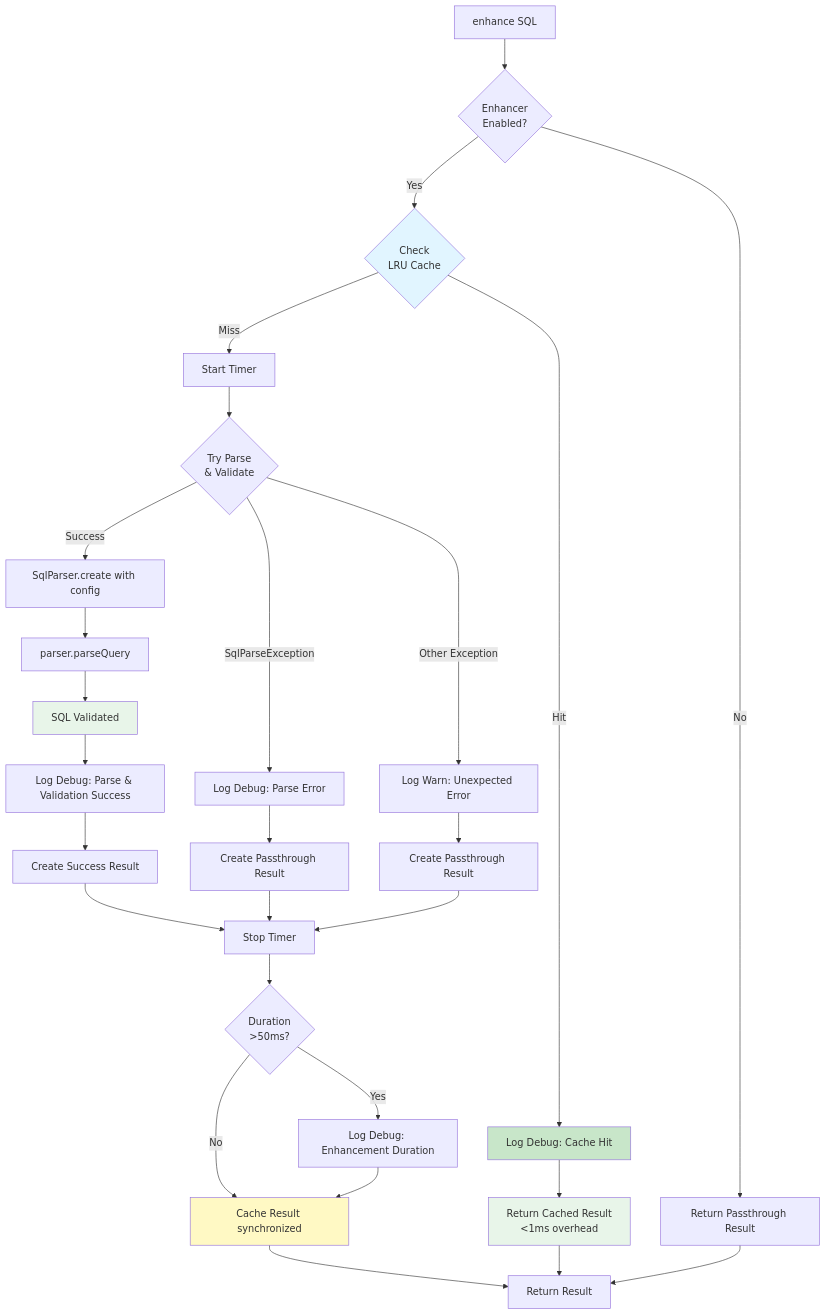
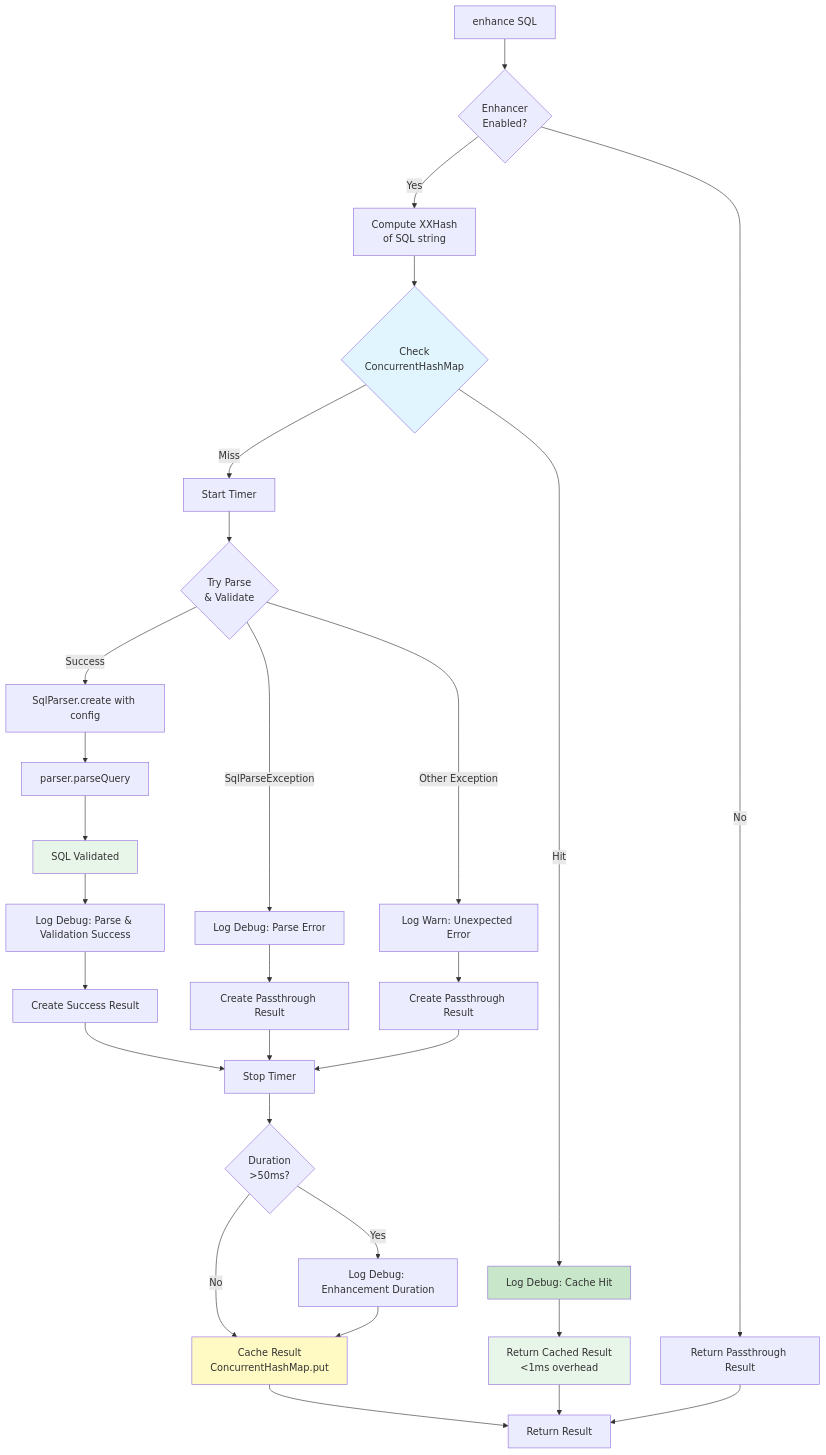
Before and after one commit to jenspapenhagen/ojp: the third of 9 diagrams in documents/analysis/SQL_ENHANCER_ENGINE_ANALYSIS.md, drawn with Mermaid. The commit also changed other lines of this file and 3 other files, not shown here.

Commit message:
Remove log file, update cache to use XXHash and ConcurrentHashMap, clarify execution flow diagrams

````diff
--- a/documents/analysis/SQL_ENHANCER_ENGINE_ANALYSIS.md
+++ b/documents/analysis/SQL_ENHANCER_ENGINE_ANALYSIS.md
@@ -305,44 +321,46 @@
 ```mermaid
 flowchart TD
     Start[enhance SQL] --> CheckDisabled{Enhancer<br/>Enabled?}
     CheckDisabled -->|No| Passthrough[Return Passthrough Result]
     
-    CheckDisabled -->|Yes| CheckCache{Check<br/>LRU Cache}
+    CheckDisabled -->|Yes| HashSQL[Compute XXHash<br/>of SQL string]
+    HashSQL --> CheckCache{Check<br/>ConcurrentHashMap}
     CheckCache -->|Hit| LogCacheHit[Log Debug: Cache Hit]
     LogCacheHit --> ReturnCached[Return Cached Result<br/>&lt;1ms overhead]
     
     CheckCache -->|Miss| StartTimer[Start Timer]
     StartTimer --> TryParse{Try Parse<br/>& Validate}
     
     TryParse -->|Success| ParseSQL[SqlParser.create with config]
     ParseSQL --> ParseQuery[parser.parseQuery]
     ParseQuery --> ValidSQL[SQL Validated]
     ValidSQL --> LogSuccess[Log Debug: Parse & Validation Success]
     LogSuccess --> CreateSuccess[Create Success Result]
     
     TryParse -->|SqlParseException| LogParseError[Log Debug: Parse Error]
     LogParseError --> CreatePassthrough1[Create Passthrough Result]
     
     TryParse -->|Other Exception| LogUnexpected[Log Warn: Unexpected Error]
     LogUnexpected --> CreatePassthrough2[Create Passthrough Result]
     
     CreateSuccess --> StopTimer[Stop Timer]
     CreatePassthrough1 --> StopTimer
     CreatePassthrough2 --> StopTimer
     
     StopTimer --> CheckPerf{Duration<br/>>50ms?}
     CheckPerf -->|Yes| LogPerf[Log Debug: Enhancement Duration]
-    CheckPerf -->|No| CacheResult[Cache Result synchronized]
+    CheckPerf -->|No| CacheResult[Cache Result<br/>ConcurrentHashMap.put]
+
     
     LogPerf --> CacheResult
     CacheResult --> Return[Return Result]
     
     ReturnCached --> Return
     Passthrough --> Return
     
     style CheckCache fill:#e1f5ff
     style LogCacheHit fill:#c8e6c9
     style ReturnCached fill:#e8f5e9
     style CacheResult fill:#fff9c4
     style ValidSQL fill:#e8f5e9
 ```
````
